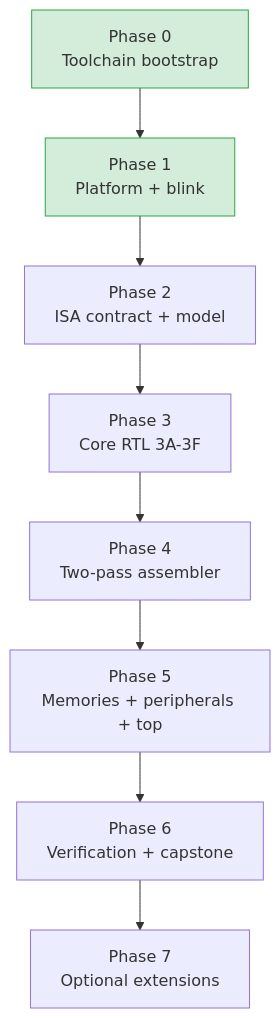
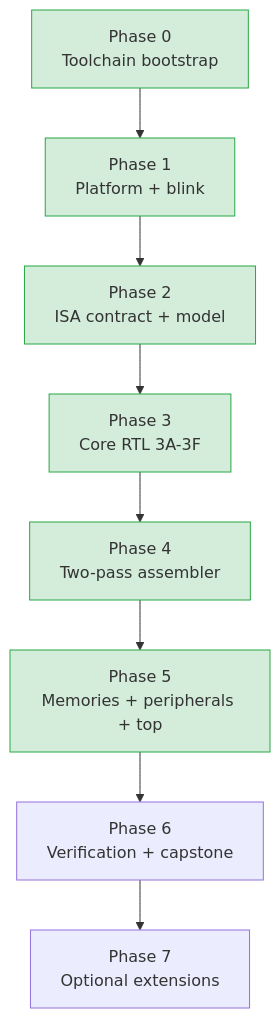
Before and after one commit to go-go-golems/go-go-parc: the first of 3 diagrams in Projects/2026/08/25/PROJ - MATE-16 VM CPU on the GateMateA1-EVB.md, drawn with Mermaid. The commit also changed other lines of this file, not shown here.

````diff
--- a/Projects/2026/08/25/PROJ - MATE-16 VM CPU on the GateMateA1-EVB.md
+++ b/Projects/2026/08/25/PROJ - MATE-16 VM CPU on the GateMateA1-EVB.md
@@ -62,14 +65,18 @@
 ```mermaid
 flowchart TD
     P0["Phase 0<br/>Toolchain bootstrap"]
     P1["Phase 1<br/>Platform + blink"]
     P2["Phase 2<br/>ISA contract + model"]
     P3["Phase 3<br/>Core RTL 3A-3F"]
     P4["Phase 4<br/>Two-pass assembler"]
     P5["Phase 5<br/>Memories + peripherals + top"]
     P6["Phase 6<br/>Verification + capstone"]
     P7["Phase 7<br/>Optional extensions"]
     P0 --> P1 --> P2 --> P3 --> P4 --> P5 --> P6 --> P7
+    style P0 fill:#d4edda,stroke:#28a745
     style P1 fill:#d4edda,stroke:#28a745
-    style P0 fill:#d4edda,stroke:#28a745
+    style P2 fill:#d4edda,stroke:#28a745
+    style P3 fill:#d4edda,stroke:#28a745
+    style P4 fill:#d4edda,stroke:#28a745
+    style P5 fill:#d4edda,stroke:#28a745
 ```
````
